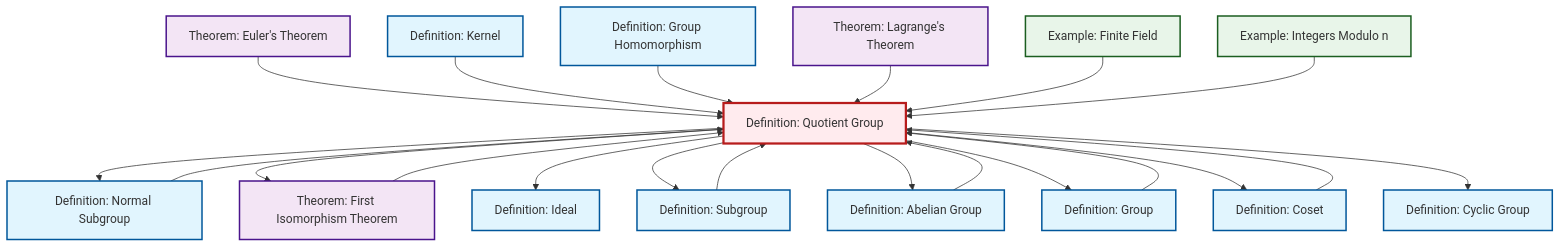
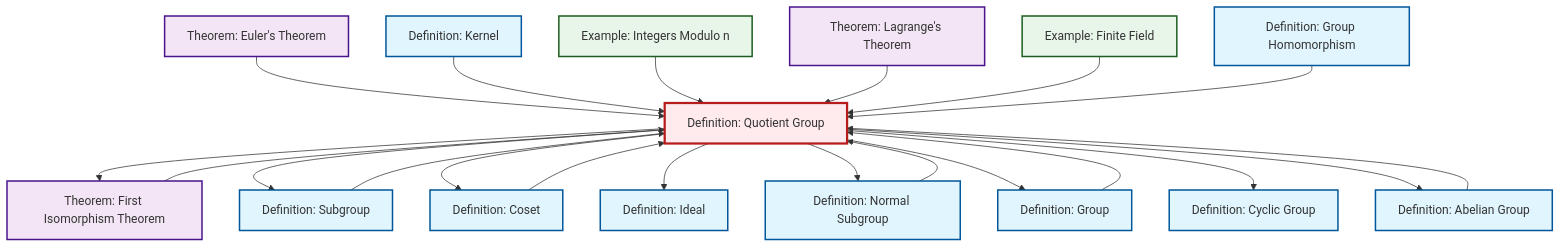
One commit to RK0429/ModernMath changed the diagram in content/en/algebra/def-quotient-group.qmd. Above: the diagram before and after it, drawn with Mermaid. The commit also changed other lines of this file and 360 other files, not shown here.

````diff
--- a/content/en/algebra/def-quotient-group.qmd
+++ b/content/en/algebra/def-quotient-group.qmd
@@ -142,59 +142,59 @@
 ```{mermaid}
 %%| fig-cap: "Local dependency graph"
 graph TD
     classDef definition fill:#e1f5fe,stroke:#01579b,stroke-width:2px
     classDef theorem fill:#f3e5f5,stroke:#4a148c,stroke-width:2px
     classDef axiom fill:#fff3e0,stroke:#e65100,stroke-width:2px
     classDef example fill:#e8f5e9,stroke:#1b5e20,stroke-width:2px
     classDef current fill:#ffebee,stroke:#b71c1c,stroke-width:3px
+    def-quotient-group["Definition: Quotient Group"]:::definition
+    def-normal-subgroup["Definition: Normal Subgroup"]:::definition
+    thm-euler["Theorem: Euler's Theorem"]:::theorem
+    def-abelian-group["Definition: Abelian Group"]:::definition
+    thm-lagrange["Theorem: Lagrange's Theorem"]:::theorem
+    thm-first-isomorphism["Theorem: First Isomorphism Theorem"]:::theorem
+    def-coset["Definition: Coset"]:::definition
+    def-ideal["Definition: Ideal"]:::definition
+    def-kernel["Definition: Kernel"]:::definition
+    ex-finite-field["Example: Finite Field"]:::example
+    def-homomorphism["Definition: Group Homomorphism"]:::definition
     ex-quotient-integers-mod-n["Example: Integers Modulo n"]:::example
-    def-abelian-group["Definition: Abelian Group"]:::definition
     def-cyclic-group["Definition: Cyclic Group"]:::definition
-    def-normal-subgroup["Definition: Normal Subgroup"]:::definition
-    thm-first-isomorphism["Theorem: First Isomorphism Theorem"]:::theorem
-    ex-finite-field["Example: Finite Field"]:::example
+    def-group["Definition: Group"]:::definition
     def-subgroup["Definition: Subgroup"]:::definition
-    def-kernel["Definition: Kernel"]:::definition
-    thm-euler["Theorem: Euler's Theorem"]:::theorem
-    def-coset["Definition: Coset"]:::definition
-    def-group["Definition: Group"]:::definition
-    def-ideal["Definition: Ideal"]:::definition
-    def-homomorphism["Definition: Group Homomorphism"]:::definition
-    thm-lagrange["Theorem: Lagrange's Theorem"]:::theorem
-    def-quotient-group["Definition: Quotient Group"]:::definition
+    def-quotient-group --> thm-first-isomorphism
+    thm-first-isomorphism --> def-quotient-group
+    def-quotient-group --> def-subgroup
+    def-quotient-group --> def-coset
+    def-abelian-group --> def-quotient-group
     thm-euler --> def-quotient-group
+    def-subgroup --> def-quotient-group
+    def-quotient-group --> def-ideal
+    def-kernel --> def-quotient-group
     def-quotient-group --> def-normal-subgroup
-    def-quotient-group --> thm-first-isomorphism
-    def-kernel --> def-quotient-group
-    def-homomorphism --> def-quotient-group
-    def-quotient-group --> def-ideal
-    def-abelian-group --> def-quotient-group
-    def-quotient-group --> def-subgroup
+    ex-quotient-integers-mod-n --> def-quotient-group
+    def-quotient-group --> def-group
+    def-coset --> def-quotient-group
     thm-lagrange --> def-quotient-group
-    def-coset --> def-quotient-group
-    def-subgroup --> def-quotient-group
     def-normal-subgroup --> def-quotient-group
     def-group --> def-quotient-group
+    ex-finite-field --> def-quotient-group
+    def-homomorphism --> def-quotient-group
+    def-quotient-group --> def-cyclic-group
     def-quotient-group --> def-abelian-group
-    thm-first-isomorphism --> def-quotient-group
-    ex-finite-field --> def-quotient-group
-    ex-quotient-integers-mod-n --> def-quotient-group
-    def-quotient-group --> def-group
-    def-quotient-group --> def-coset
-    def-quotient-group --> def-cyclic-group
     class def-quotient-group current
+    click def-normal-subgroup "def-normal-subgroup.html" "Go to Normal Subgroup definition"
+    click thm-euler "thm-euler.html" "Go to Euler's Theorem theorem"
+    click def-abelian-group "def-abelian-group.html" "Go to Abelian Group definition"
+    click thm-lagrange "thm-lagrange.html" "Go to Lagrange's Theorem theorem"
+    click thm-first-isomorphism "thm-first-isomorphism.html" "Go to First Isomorphism Theorem theorem"
+    click def-coset "def-coset.html" "Go to Coset definition"
+    click def-ideal "def-ideal.html" "Go to Ideal definition"
+    click def-kernel "def-kernel.html" "Go to Kernel definition"
+    click ex-finite-field "ex-finite-field.html" "Go to Finite Field example"
+    click def-homomorphism "def-homomorphism.html" "Go to Group Homomorphism definition"
     click ex-quotient-integers-mod-n "ex-quotient-integers-mod-n.html" "Go to Integers Modulo n example"
-    click def-abelian-group "def-abelian-group.html" "Go to Abelian Group definition"
     click def-cyclic-group "def-cyclic-group.html" "Go to Cyclic Group definition"
-    click def-normal-subgroup "def-normal-subgroup.html" "Go to Normal Subgroup definition"
-    click thm-first-isomorphism "thm-first-isomorphism.html" "Go to First Isomorphism Theorem theorem"
-    click ex-finite-field "ex-finite-field.html" "Go to Finite Field example"
+    click def-group "def-group.html" "Go to Group definition"
     click def-subgroup "def-subgroup.html" "Go to Subgroup definition"
-    click def-kernel "def-kernel.html" "Go to Kernel definition"
-    click thm-euler "thm-euler.html" "Go to Euler's Theorem theorem"
-    click def-coset "def-coset.html" "Go to Coset definition"
-    click def-group "def-group.html" "Go to Group definition"
-    click def-ideal "def-ideal.html" "Go to Ideal definition"
-    click def-homomorphism "def-homomorphism.html" "Go to Group Homomorphism definition"
-    click thm-lagrange "thm-lagrange.html" "Go to Lagrange's Theorem theorem"
 ```
````
